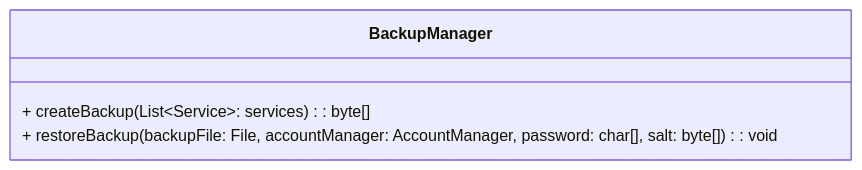
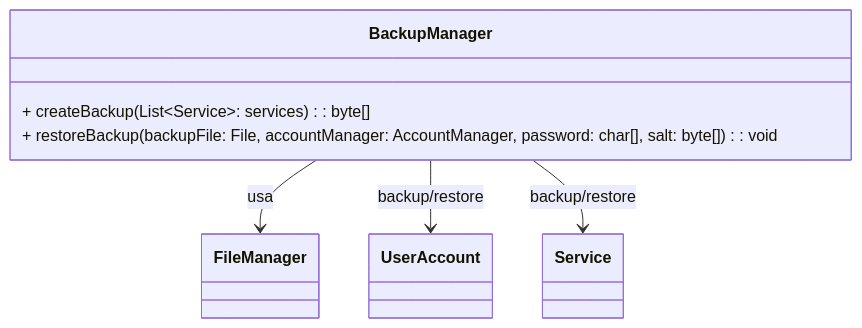
Before and after one commit to ZY-UNIVERSITA/Progetto-OOP: the sixth of 6 diagrams in README.md, drawn with Mermaid. The commit also changed other lines of this file and 1 other file, not shown here.

Commit message:
Fix uml in report

````diff
--- a/README.md
+++ b/README.md
@@ -298,10 +299,14 @@
 ```mermaid
 
 classDiagram
 
     class BackupManager {
         + createBackup(List~Service~: services): byte[]
         + restoreBackup(backupFile: File, accountManager: AccountManager, password: char[], salt: byte[]): void
     }
 
+    BackupManager --> FileManager : usa
+    BackupManager --> UserAccount : backup/restore
+    BackupManager --> Service : backup/restore
+
 ```
````
